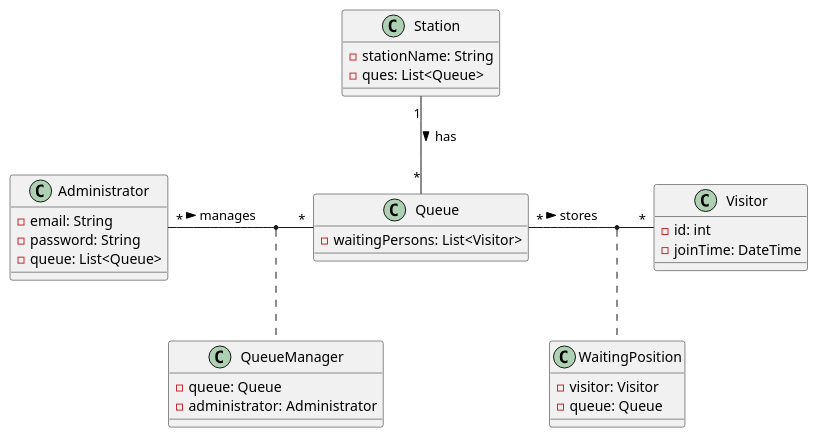
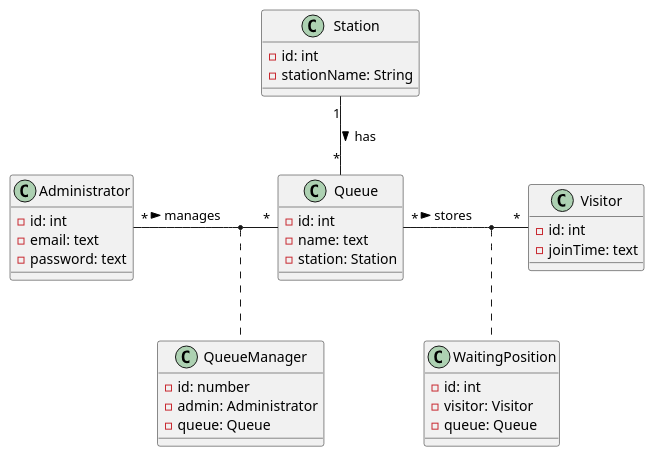
The diagram in asciidocs/plantuml/Klassendiagramm.puml (2324-3bhif-teaching/AppointmentManagement), drawn with PlantUML before and after one commit.

Commit message:
feat: updated class diagram

```diff
--- a/asciidocs/plantuml/Klassendiagramm.puml
+++ b/asciidocs/plantuml/Klassendiagramm.puml
@@ -1,39 +1,43 @@
 @startuml
 
 class Administrator {
-    - email: String
-    - password: String
-    - queue: List<Queue>
+    - id: int
+    - email: text
+    - password: text
 }
 
 class Station {
+    - id: int
     - stationName: String
-    - ques: List<Queue>
 }
 
 class QueueManager {
+    - id: number
+    - admin: Administrator
     - queue: Queue
-    - administrator: Administrator
 }
 
 class Queue {
-    - waitingPersons: List<Visitor>
+    - id: int
+    - name: text
+    - station: Station
 }
 
 class WaitingPosition {
+    - id: int
     - visitor: Visitor
     - queue: Queue
 }
 
 class Visitor {
     - id: int
-    - joinTime: DateTime
+    - joinTime: text
 }
 
 Administrator "*" - "*" Queue : > manages
 (Administrator, Queue) .. QueueManager
 Station "1" -- "*" Queue : > has
 Queue "*" - "*" Visitor : > stores
 (Queue, Visitor) .. WaitingPosition
 
 @enduml
```
